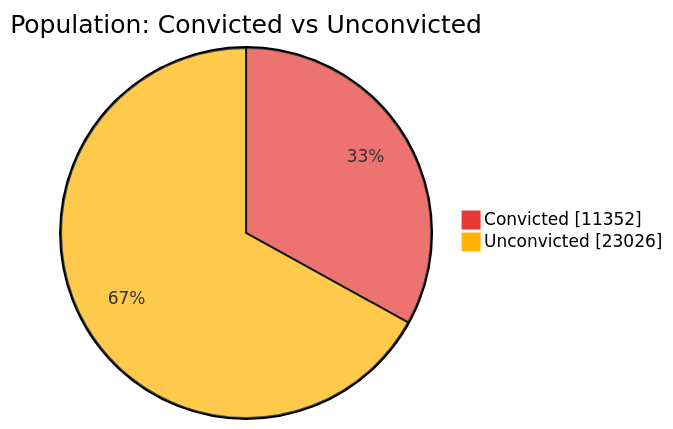
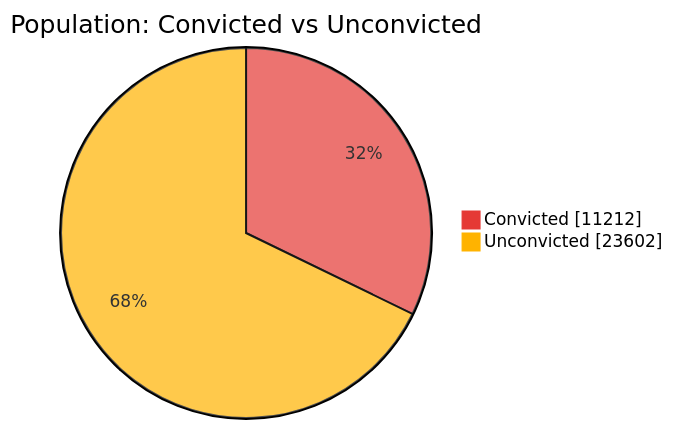
Before and after one commit to nuuuwan/lk_prisons: the first of 7 diagrams in README.md, drawn with Mermaid. The commit also changed other lines of this file and 1 other file, not shown here.

````diff
--- a/README.md
+++ b/README.md
@@ -43,6 +43,6 @@
 ```mermaid
 %%{init: {'themeVariables': {'pie1': '#E53935', 'pie2': '#FFB300'}}}%%
 pie showData title Population: Convicted vs Unconvicted
-    "Convicted" : 11352
-    "Unconvicted" : 23026
+    "Convicted" : 11212
+    "Unconvicted" : 23602
 ```
````
